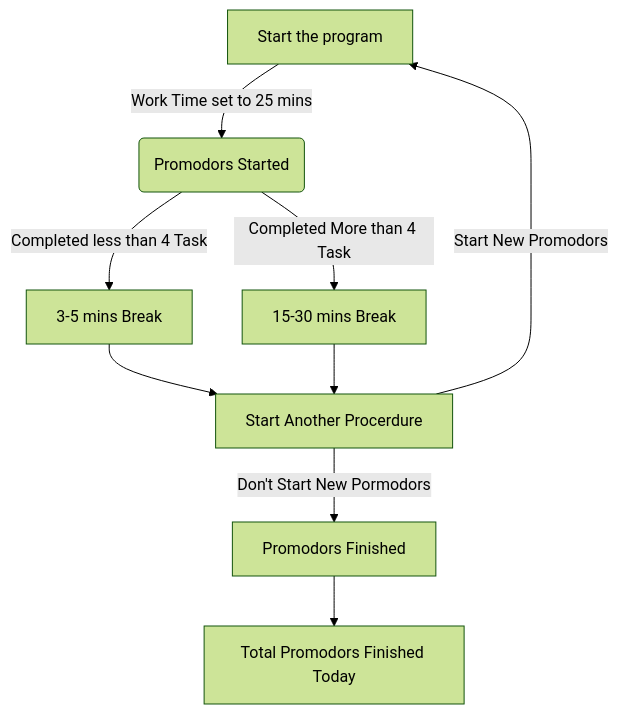
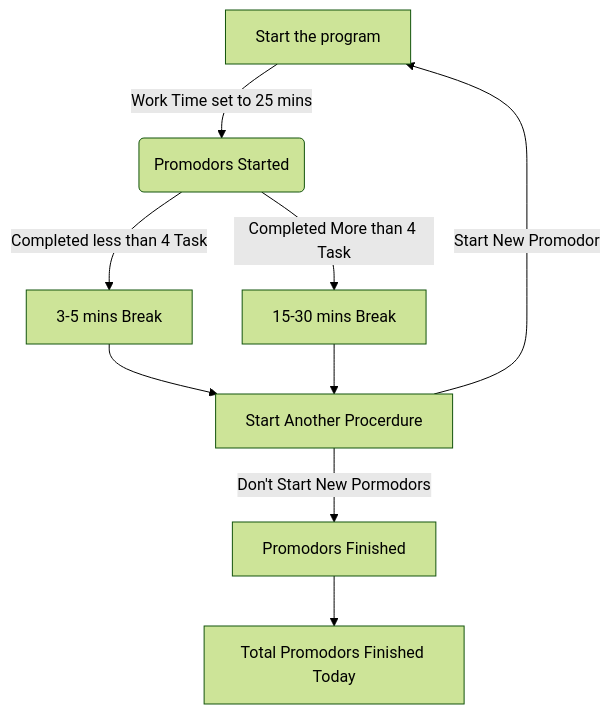
One commit to harishmohan60/100daysCode changed the diagram in Days/Datetime/Project.md. Above: the diagram before and after it, drawn with Mermaid (forest theme). The commit also changed other lines of this file, not shown here.

````diff
--- a/Days/Datetime/Project.md
+++ b/Days/Datetime/Project.md
@@ -17,11 +16,11 @@
 ```mermaid
 graph TD
     A[Start the program] -->|Work Time set to 25 mins| B(Promodors Started);
     B --> |Completed less than 4 Task| C[3-5 mins Break]
     B --> |Completed More than 4 Task| D[15-30 mins Break]
     C --> E[Start Another Procerdure]
     D --> E
     E --> |Don't Start New Pormodors| F[Promodors Finished]
-    E --> |Start New Promodors| A
+    E --> |Start New Promodor| A
     F --> G[Total Promodors Finished Today]
 ```
````
